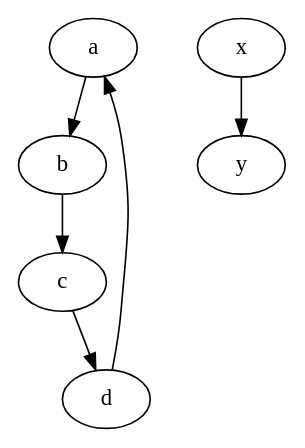
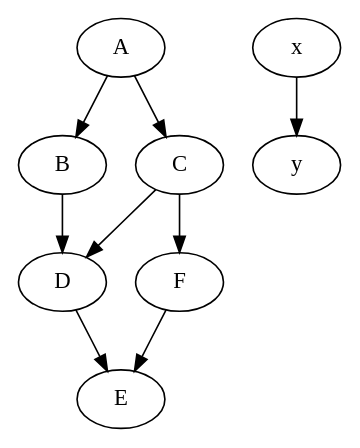
The diagram in output.dot (BrazilDre/Graph-Search-Algorithm-Suite-), drawn with Graphviz before and after one commit. The commit also changed 8 other files, not shown here.

Commit message:
Add implementation for graph search

```diff
--- a/output.dot
+++ b/output.dot
@@ -1,13 +1,18 @@
 digraph G {
-  a;
-  b;
-  c;
-  d;
+  A;
+  B;
+  C;
+  D;
+  E;
+  F;
   x;
   y;
-  a -> b;
-  b -> c;
-  c -> d;
-  d -> a;
+  A -> B;
+  A -> C;
+  B -> D;
+  C -> D;
+  D -> E;
+  C -> F;
+  F -> E;
   x -> y;
 }
```
